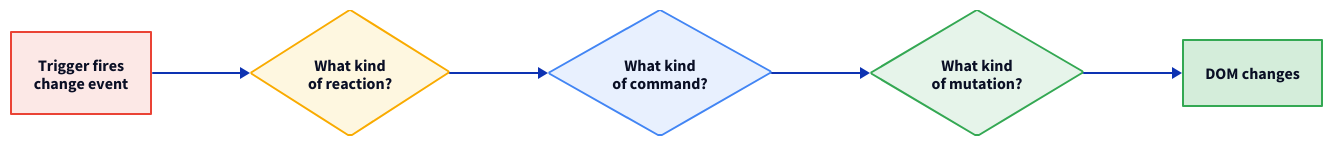
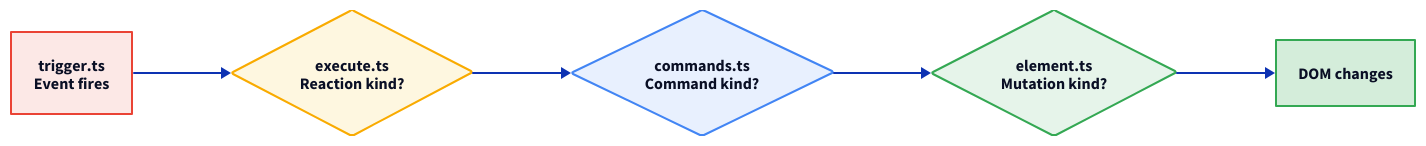
The second of 5 diagrams in docs-site/src/content/docs/architecture/runtime.mdx (marafiq/alis-reactive), drawn with D2 before and after one commit. The commit also changed other lines of this file and 5 other files, not shown here.

````diff
--- a/docs-site/src/content/docs/architecture/runtime.mdx
+++ b/docs-site/src/content/docs/architecture/runtime.mdx
@@ -99,39 +80,36 @@
 ```d2
 direction: right
 
-trigger: "Trigger fires\nchange event" {
+trigger: "trigger.ts\nEvent fires" {
   shape: rectangle
   style.fill: "#fce8e6"
   style.stroke: "#ea4335"
   style.font-size: 16
 }
-reaction: "What kind\nof reaction?" {
+reaction: "execute.ts\nReaction kind?" {
   shape: diamond
   style.fill: "#fef7e0"
   style.stroke: "#f9ab00"
   style.font-size: 16
 }
-command: "What kind\nof command?" {
+command: "commands.ts\nCommand kind?" {
   shape: diamond
   style.fill: "#e8f0fe"
   style.stroke: "#4285f4"
   style.font-size: 16
 }
-mutation: "What kind\nof mutation?" {
+mutation: "element.ts\nMutation kind?" {
   shape: diamond
   style.fill: "#e6f4ea"
   style.stroke: "#34a853"
   style.font-size: 16
 }
 dom: "DOM changes" {
   shape: rectangle
   style.fill: "#d4edda"
   style.stroke: "#34a853"
   style.font-size: 16
 }
 
-trigger -> reaction
-reaction -> command
-command -> mutation
-mutation -> dom
+trigger -> reaction -> command -> mutation -> dom
 ```
````
